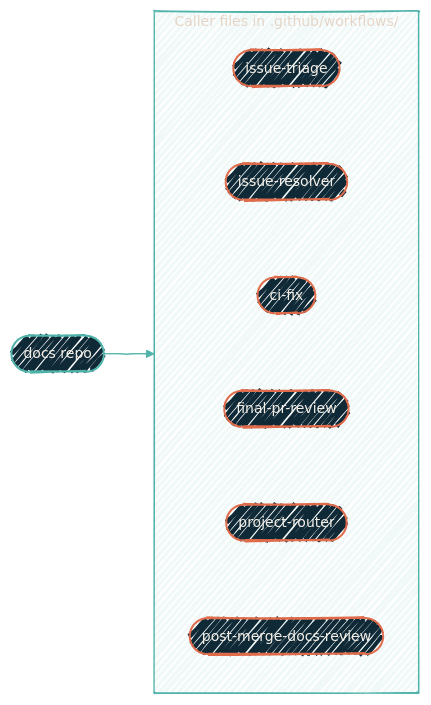
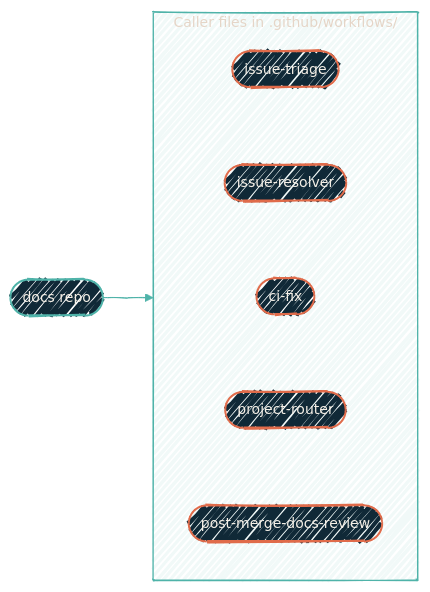
Before and after one commit to dryvist/docs: the diagram in automation/issue-to-pr-pipeline.mdx, drawn with Mermaid. The commit also changed other lines of this file and 3 other files, not shown here.

Commit message:
chore: remove Final PR Review workflow

````diff
--- a/automation/issue-to-pr-pipeline.mdx
+++ b/automation/issue-to-pr-pipeline.mdx
@@ -31,24 +30,23 @@
 ```mermaid
 %%{init: {'theme':'base','look':'handDrawn','themeVariables':{'fontFamily':'Geist','fontSize':'14px','primaryColor':'#102937','primaryTextColor':'#F4EFE6','primaryBorderColor':'#4FB3A9','lineColor':'#4FB3A9','secondaryColor':'#0B1D2A','tertiaryColor':'#1A2A38','clusterBkg':'rgba(79,179,169,0.08)','clusterBorder':'#4FB3A9'}}}%%
 flowchart LR
   R([docs repo])
 
   subgraph callers[Caller files in .github/workflows/]
     direction TB
     A([issue-triage])
     B([issue-resolver])
     C([ci-fix])
-    D([final-pr-review])
     E([project-router])
     F([post-merge-docs-review])
-    A ~~~ B ~~~ C ~~~ D ~~~ E ~~~ F
+    A ~~~ B ~~~ C ~~~ E ~~~ F
   end
 
   R --> A
 
   classDef host fill:#102937,stroke:#4FB3A9,stroke-width:2px,color:#F4EFE6;
   classDef ai   fill:#102937,stroke:#E06B4A,stroke-width:2px,color:#F4EFE6;
 
   class R host
-  class A,B,C,D,E,F ai
+  class A,B,C,E,F ai
 ```
````
